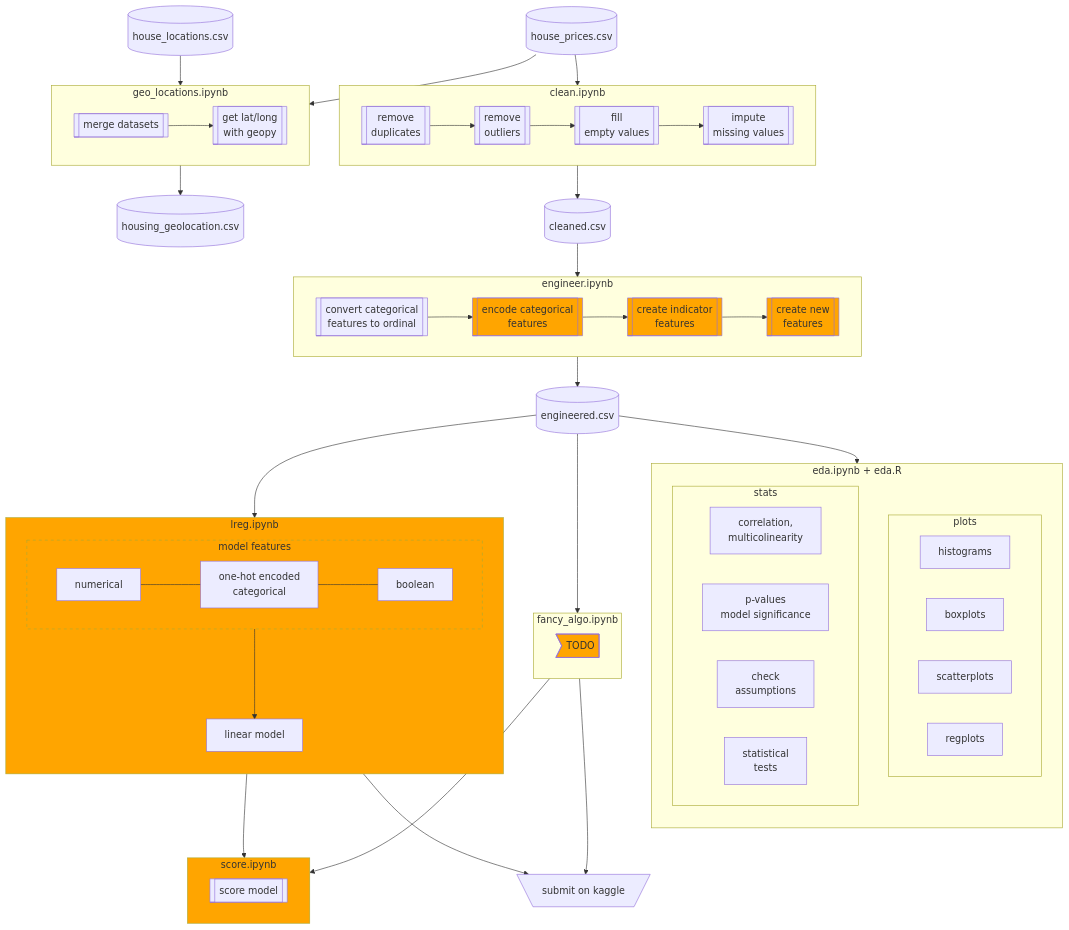
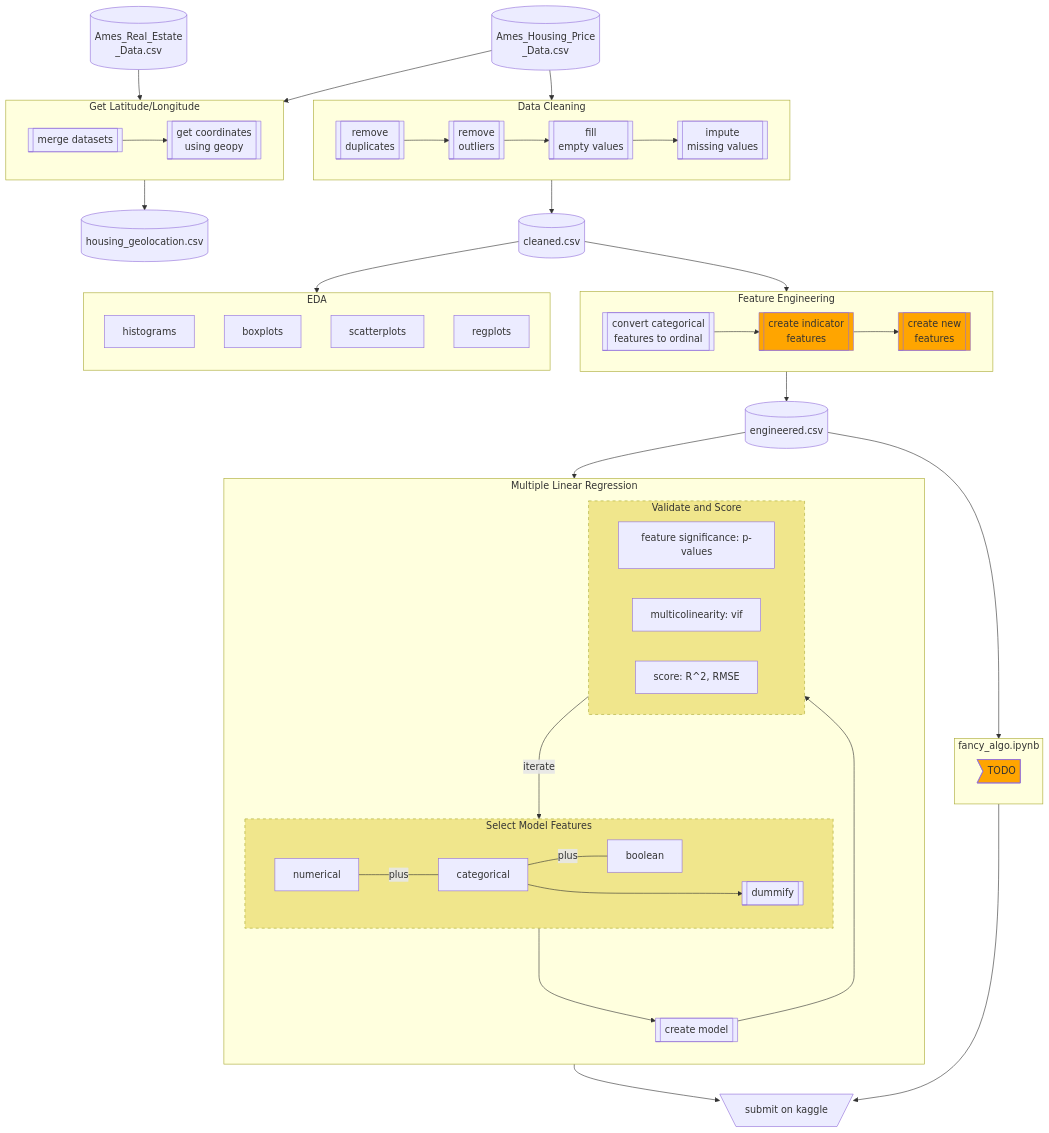
One commit to rishigoutam/ames-iowa changed the diagram in project-management/process.md. Above: the diagram before and after it, drawn with Mermaid.

````diff
--- a/project-management/process.md
+++ b/project-management/process.md
@@ -5,19 +5,19 @@
 ```mermaid
 flowchart TD
-    d_r[(house_locations.csv)]-->geo
-    d_h[(house_prices.csv)]-->geo
+    d_r[(Ames_Real_Estate\n_Data.csv)]-->geo
+    d_h[(Ames_Housing_Price\n_Data.csv)]-->geo
     
-    subgraph geo [geo_locations.ipynb]
+    subgraph geo [Get Latitude/Longitude <geo_locations.ipynb>]
         direction LR
         merge[[merge datasets]]-->geopy
-        geopy[[get lat/long\n with geopy]]
+        geopy[[get coordinates\n using geopy]]
     end
     
     geo-->d_g[(housing_geolocation.csv)]
 
-    d_h[(house_prices.csv)]-->clean
+    d_h-->clean
     
-    subgraph clean [clean.ipynb]
+    subgraph clean [Data Cleaning <clean.ipynb>]
         direction LR
         dupe[[remove \nduplicates]]-->outlier
         outlier[[remove \noutliers]]-->fillna
@@ -27,11 +27,9 @@
     
     clean-->d_c[(cleaned.csv)]
     
-    subgraph encode [engineer.ipynb]
+    subgraph encode [Feature Engineering <engineer.ipynb>]
         direction LR
-        ordinate[[convert categorical \nfeatures to ordinal]]-->cat
-        cat[[encode categorical \nfeatures]]-->indicator
-        style cat fill:orange
+        ordinate[[convert categorical \nfeatures to ordinal]]-->indicator
         indicator[[create indicator \nfeatures]]-->new
         style indicator fill:orange
         new[[create new \nfeatures]]
@@ -40,32 +38,35 @@
     
     d_c-->encode-->d_e[(engineered.csv)]
     
-    subgraph eda [eda.ipynb + eda.R]
+    subgraph eda [EDA <eda.ipynb, eda.R>]
         direction TB
-        subgraph eda_plots[plots]
-            histograms
-            boxplots
-            scatterplots
-            regplots
-        end
-        subgraph stats
-            stats_cor[correlation,\n multicolinearity]
-            stats_significance[p-values\n model significance]
-            stats_assumptions[check \nassumptions]
-            stats_tests[statistical\n tests]
-        end
+        histograms
+        boxplots
+        scatterplots
+        regplots
     end
     
-    subgraph lin_regression [lreg.ipynb]
+    subgraph lin_regression [Multiple Linear Regression <linreg.ipynb, linreg.R>]
         direction TB
-        style lin_regression fill:orange
-        subgraph lin_features [model features]
+        subgraph lin_features [Select Model Features]
             direction LR
-            style lin_features fill:orange
-            style lin_features stroke-dasharray: 5 5
-            numerical---cat_encoded[one-hot encoded\ncategorical]---boolean
+            style lin_features stroke-dasharray: 5 5, fill: khaki
+            cat_encoded--->dummify[[dummify]]
+            numerical---|plus|cat_encoded[categorical]---|plus|boolean
         end
-        lin_features--->linear_model[linear model]
+        
+        lin_features--->
+        linear_model[[create model]]--->
+        validate--->|iterate|lin_features
+        
+        subgraph validate [Validate and Score]
+            direction LR
+            style validate stroke-dasharray: 5 5, fill:khaki
+            stats_significance[feature significance: p-values]
+            stats_cor[multicolinearity: vif]
+            stats_score[score: R^2, RMSE]
+        end
+        
     end
     
     subgraph algo [fancy_algo.ipynb]
@@ -74,15 +75,9 @@
         style TODO fill:orange
     end
     
-    subgraph score [score.ipynb]
-        style score fill:orange
-        score_model[[score model]]
-    end
-    
-    d_e-->eda
+    d_c-->eda
     d_e-->lin_regression
     d_e-->algo
     
-    lin_regression & algo-->score
     lin_regression & algo-->kaggle[\submit on kaggle/]
 ```
````
